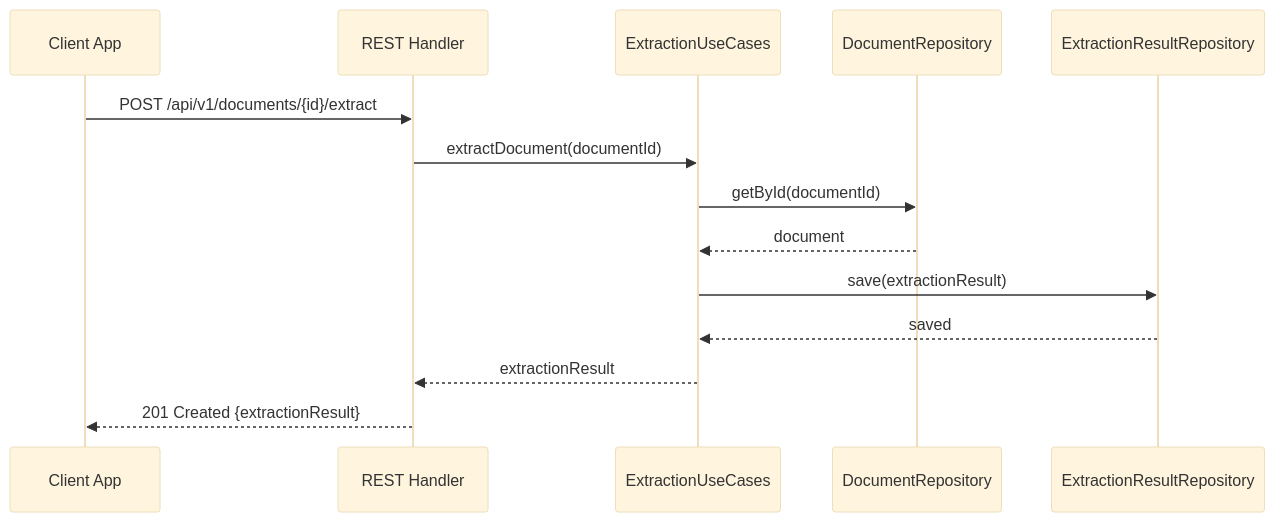
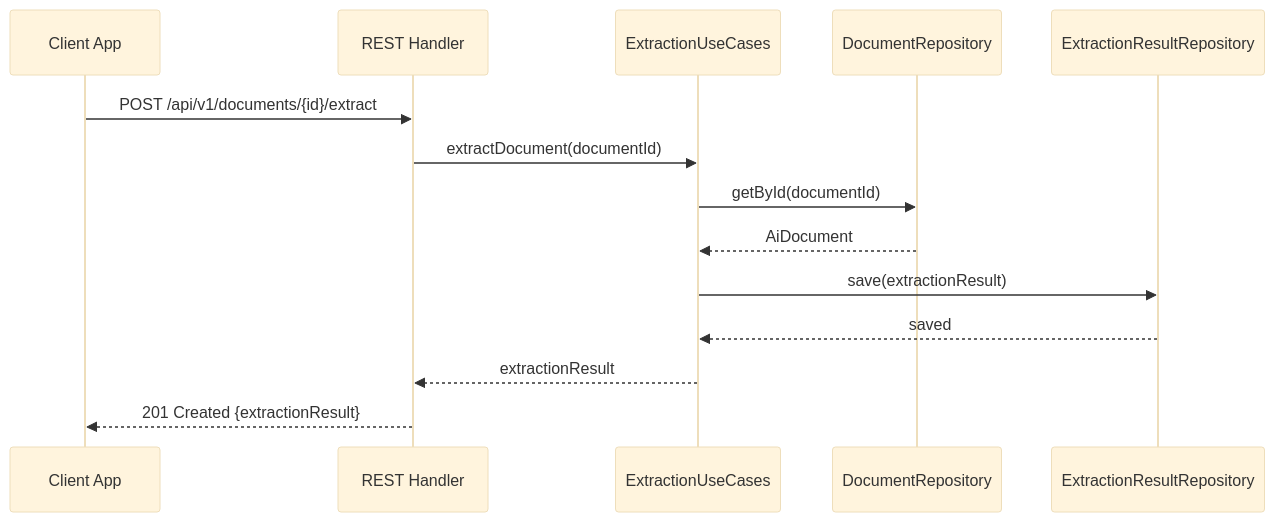
The third of 3 diagrams in document-ai/docs/uml.md (UIMSolutions/uim-platform), drawn with Mermaid (base theme) before and after one commit. The commit also changed other lines of this file and 57 other files, not shown here.

````diff
--- a/document-ai/docs/uml.md
+++ b/document-ai/docs/uml.md
@@ -114,17 +114,17 @@
 ```mermaid
 sequenceDiagram
     participant C as Client App
     participant R as REST Handler
     participant UC as ExtractionUseCases
     participant DR as DocumentRepository
     participant RR as ExtractionResultRepository
 
     C->>R: POST /api/v1/documents/{id}/extract
     R->>UC: extractDocument(documentId)
     UC->>DR: getById(documentId)
-    DR-->>UC: document
+    DR-->>UC: AiDocument
     UC->>RR: save(extractionResult)
     RR-->>UC: saved
     UC-->>R: extractionResult
     R-->>C: 201 Created {extractionResult}
 ```
````
